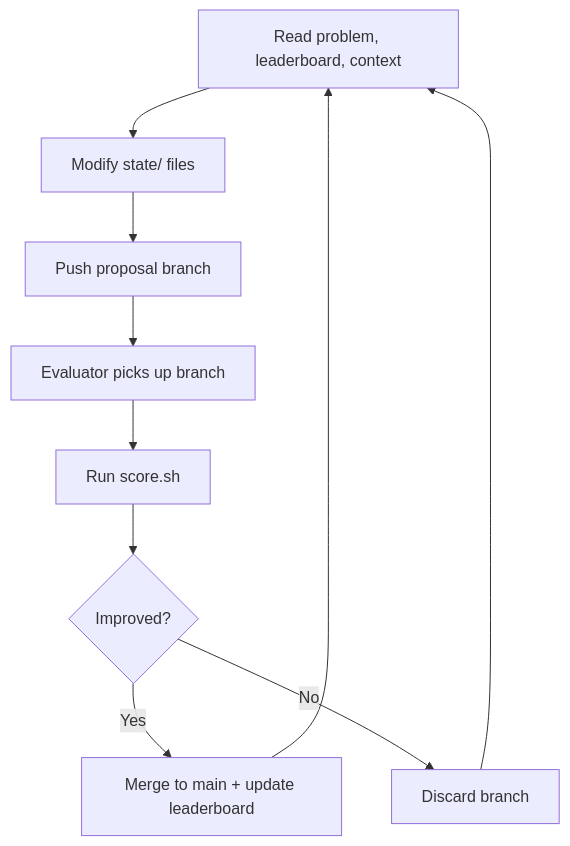
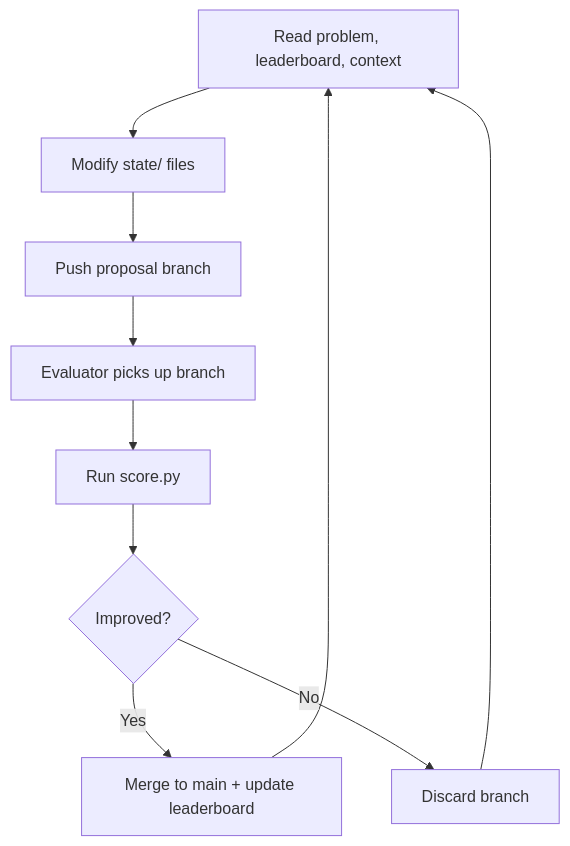
The first of 2 diagrams in README.md (kousun12/autoanything), drawn with Mermaid before and after one commit. The commit also changed other lines of this file and 1 other file, not shown here.

````diff
--- a/README.md
+++ b/README.md
@@ -66,12 +66,12 @@
 ```mermaid
 flowchart TD
     read["Read problem, leaderboard, context"] --> edit["Modify state/ files"]
     edit --> push["Push proposal branch"]
     push --> eval["Evaluator picks up branch"]
-    eval --> score["Run score.sh"]
+    eval --> score["Run score.py"]
     score --> check{"Improved?"}
     check -- Yes --> merge["Merge to main + update leaderboard"]
     check -- No --> discard["Discard branch"]
     merge --> read
     discard --> read
 ```
````
